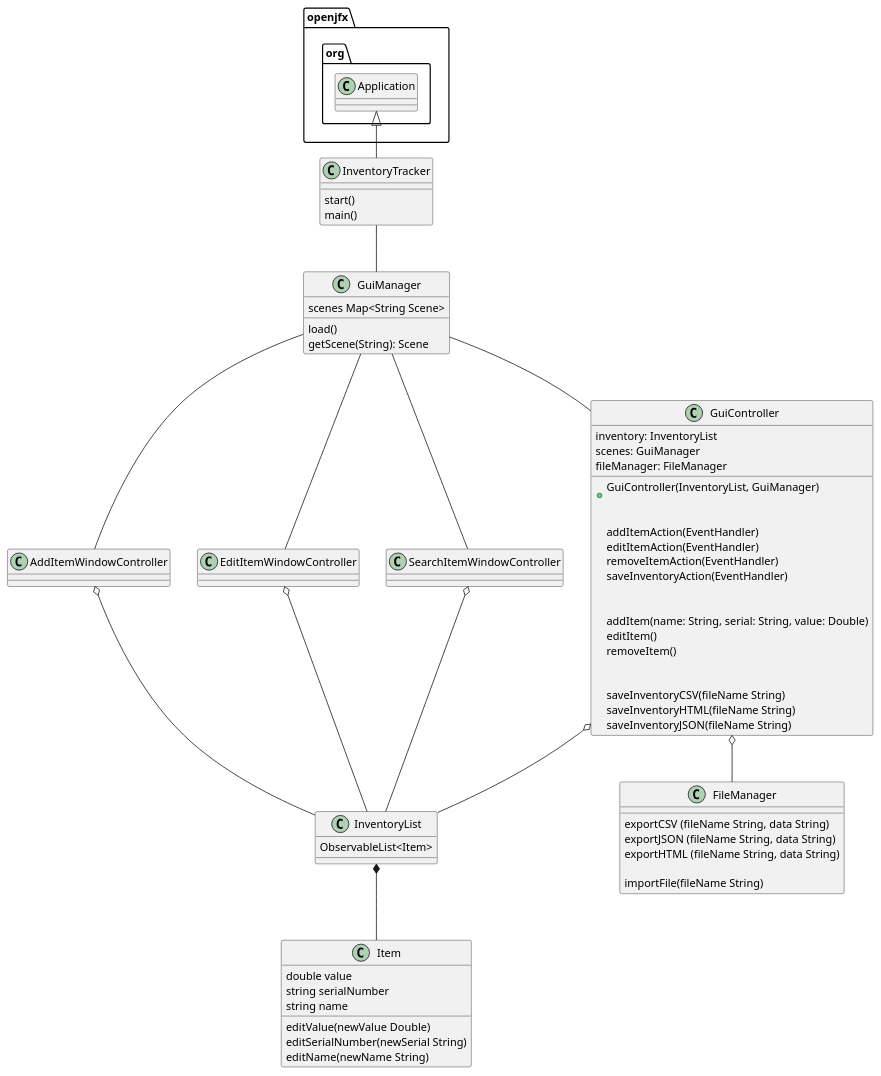
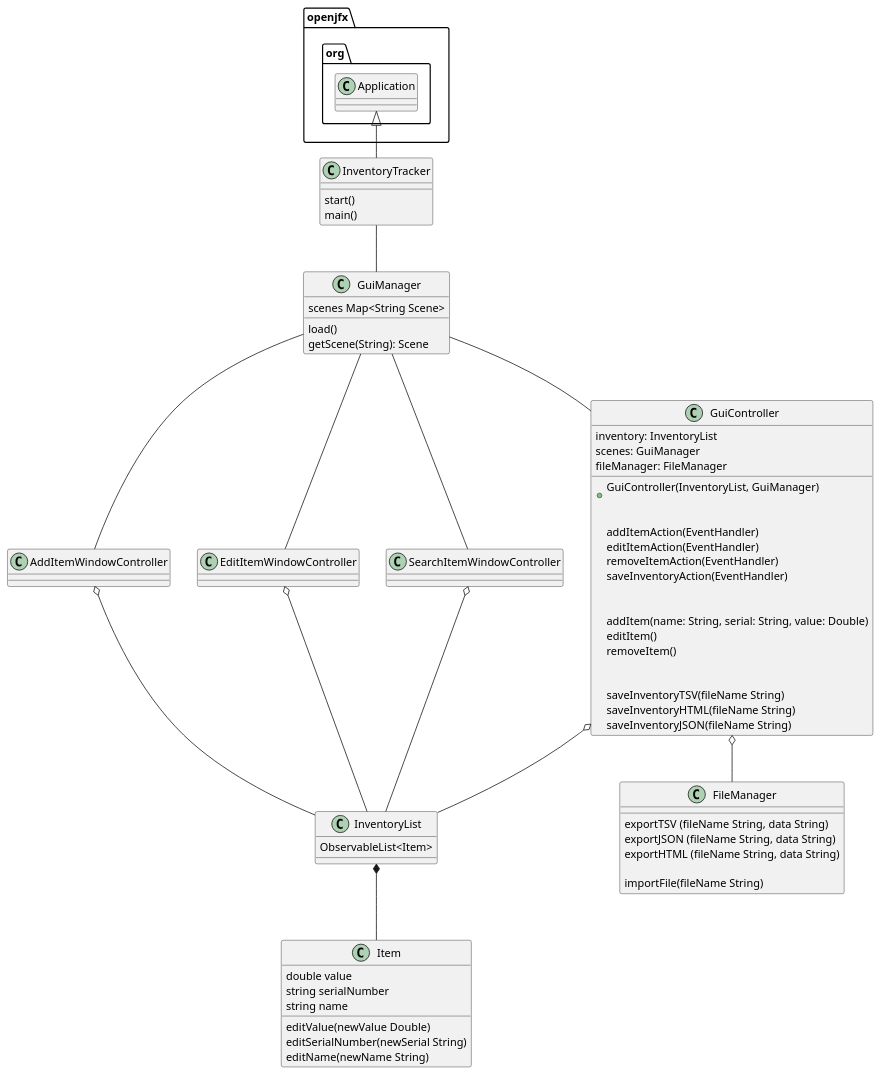
The diagram in PlantUML/InventoryTracker.puml (Okinsler98/kinsler-9830-a5), drawn with PlantUML before and after one commit. The commit also changed 6 other files, not shown here.

```diff
--- a/PlantUML/InventoryTracker.puml
+++ b/PlantUML/InventoryTracker.puml
@@ -1,83 +1,83 @@
 @startuml
 'https://plantuml.com/class-diagram
 
 openjfx.org.Application <|-- InventoryTracker
 InventoryTracker -- GuiManager
 
 GuiManager -- GuiController
 GuiManager -- AddItemWindowController
 GuiManager -- EditItemWindowController
 GuiManager -- SearchItemWindowController
 
 GuiController o-- InventoryList
 AddItemWindowController o-- InventoryList
 EditItemWindowController o-- InventoryList
 SearchItemWindowController o-- InventoryList
 
 GuiController o-- FileManager
 InventoryList *-- Item
 
 class InventoryTracker {
     start()
     main()
 }
 
 class GuiManager {
     scenes Map<String Scene>
     load()
     getScene(String): Scene
 }
 
 class GuiController {
     inventory: InventoryList
     scenes: GuiManager
     fileManager: FileManager
 
     +GuiController(InventoryList, GuiManager)\n
 
     addItemAction(EventHandler)
     editItemAction(EventHandler)
     removeItemAction(EventHandler)
     saveInventoryAction(EventHandler)\n
 
     addItem(name: String, serial: String, value: Double)
     editItem()
     removeItem()\n
 
-    saveInventoryCSV(fileName String)
+    saveInventoryTSV(fileName String)
     saveInventoryHTML(fileName String)
     saveInventoryJSON(fileName String)
 }
 
 class AddItemWindowController {
 }
 
 class EditItemWindowController {
 }
 
 class SearchItemWindowController {
 }
 
 class FileManager {
-    exportCSV (fileName String, data String)
+    exportTSV (fileName String, data String)
     exportJSON (fileName String, data String)
     exportHTML (fileName String, data String)
 
     importFile(fileName String)
 }
 
 class InventoryList {
     ObservableList<Item>
 }
 
 class Item {
     double value
     string serialNumber
     string name
 
     editValue(newValue Double)
     editSerialNumber(newSerial String)
     editName(newName String)
 }
 
 @enduml
```
